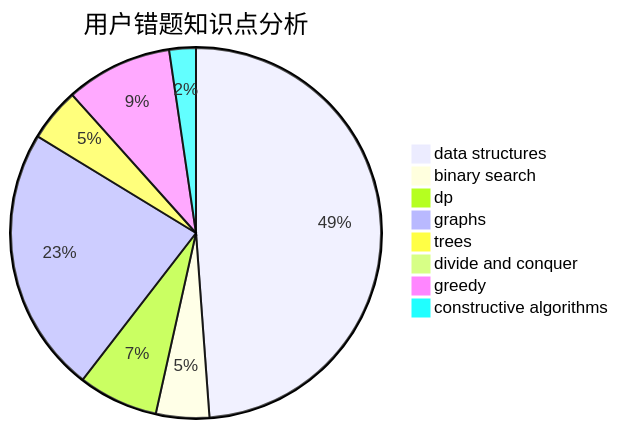
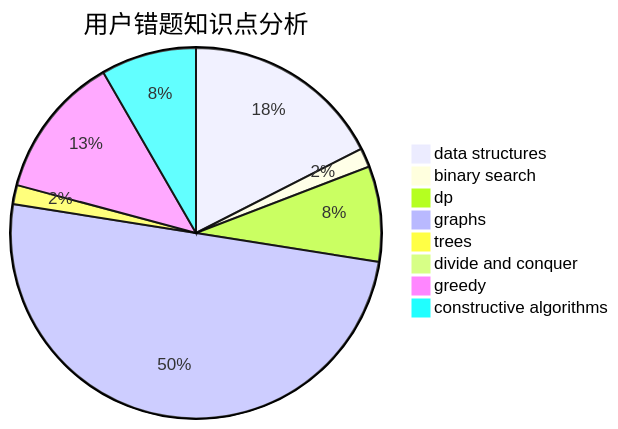
Before and after one commit to sherpahu/cfrs.github.io: the third of 3 diagrams in docs/user/u1291.md, drawn with Mermaid. The commit also changed other lines of this file and 2770 other files, not shown here.

````diff
--- a/docs/user/u1291.md
+++ b/docs/user/u1291.md
@@ -36,11 +36,11 @@
 ```mermaid
 pie title 用户错题知识点分析
     "data structures" :  21
     "binary search" :  2
-    "dp" :  3
-    "graphs" :  10
+    "dp" :  10
+    "graphs" :  60
     "trees" :  2
     "divide and conquer" :  0
-    "greedy" :  4
-    "constructive algorithms" :  1
+    "greedy" :  15
+    "constructive algorithms" :  10
 ```
````
